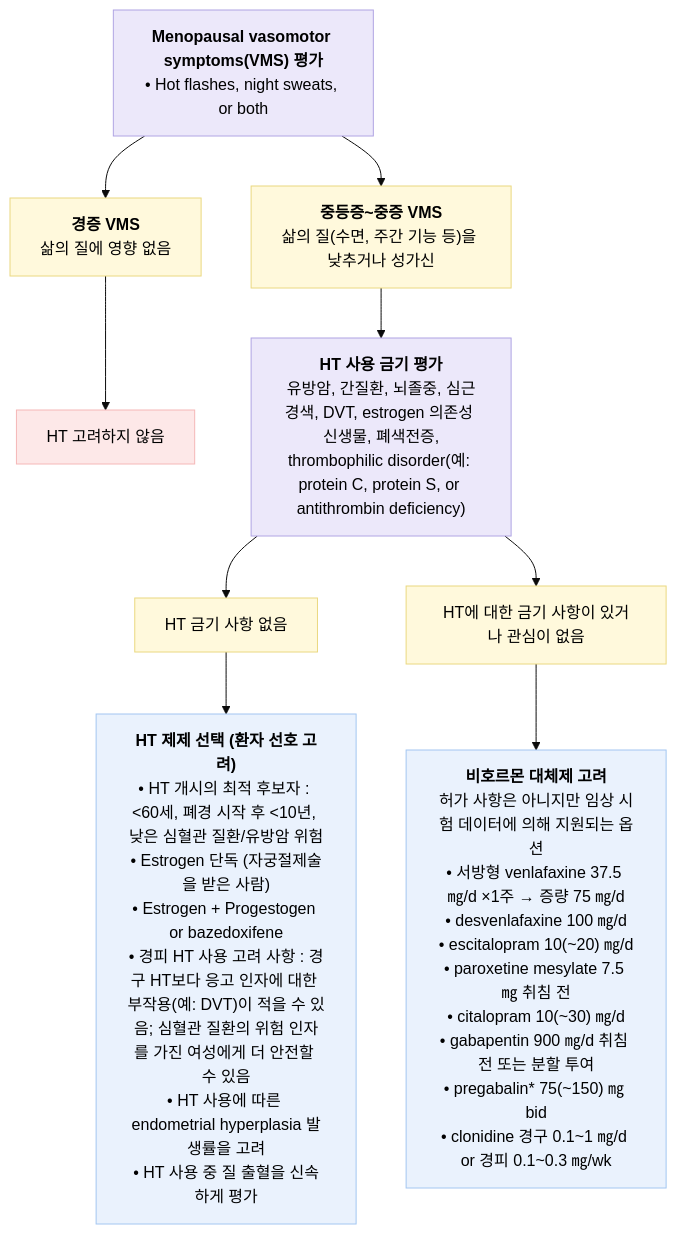
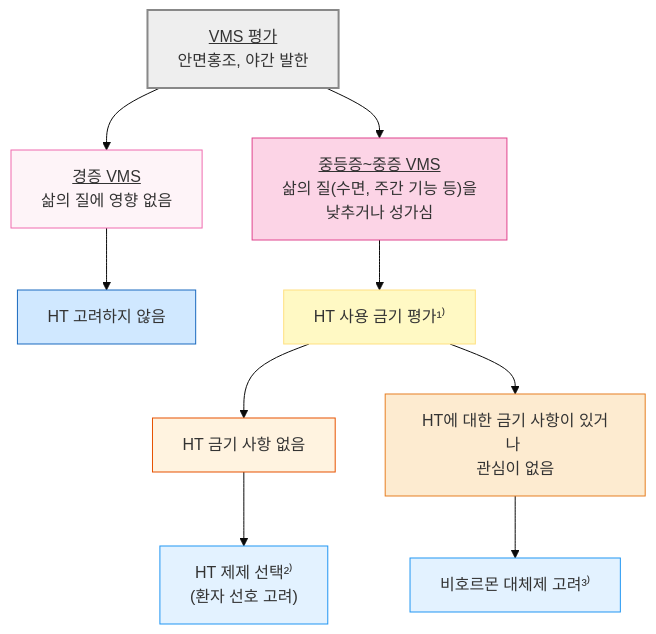
Before and after one commit to familyoh77/familyoh77: the first of 2 diagrams in 226_/108_-menopause-syndrome.md, drawn with Mermaid (base theme). The commit also changed other lines of this file, not shown here.

````diff
--- a/226_/108_-menopause-syndrome.md
+++ b/226_/108_-menopause-syndrome.md
@@ -112,38 +112,30 @@
 ```mermaid
 flowchart TD
-    A["<b>Menopausal vasomotor symptoms(VMS) 평가</b><br/>• Hot flashes, night sweats, or both"]
-
-    B1["<b>중등증~중증 VMS</b><br/>삶의 질(수면, 주간 기능 등)을 낮추거나 성가신"]
-    B2["<b>경증 VMS</b><br/>삶의 질에 영향 없음"]
+    A["<u>VMS 평가</u><br/>안면홍조, 야간 발한"]
+    B1["<u>중등증~중증 VMS</u><br/>삶의 질(수면, 주간 기능 등)을<br/> 낮추거나 성가심"]
+    B2["<u>경증 VMS</u><br/>삶의 질에 영향 없음"]
     B3["HT 고려하지 않음"]
-
-    C["<b>HT 사용 금기 평가</b><br/>유방암, 간질환, 뇌졸중, 심근경색, DVT, estrogen 의존성 신생물, 폐색전증,<br/>thrombophilic disorder(예: protein C, protein S, or antithrombin deficiency)"]
-
+    C["HT 사용 금기 평가¹⁾"]
     D1["HT 금기 사항 없음"]
-    D2["HT에 대한 금기 사항이 있거나 관심이 없음"]
-
-    E1["<b>HT 제제 선택 (환자 선호 고려)</b><br/>• HT 개시의 최적 후보자 : &lt;60세, 폐경 시작 후 &lt;10년, 낮은 심혈관 질환/유방암 위험<br/>• Estrogen 단독 (자궁절제술을 받은 사람)<br/>• Estrogen + Progestogen or bazedoxifene<br/>• 경피 HT 사용 고려 사항 : 경구 HT보다 응고 인자에 대한 부작용(예: DVT)이 적을 수 있음; 심혈관 질환의 위험 인자를 가진 여성에게 더 안전할 수 있음<br/>• HT 사용에 따른 endometrial hyperplasia 발생률을 고려<br/>• HT 사용 중 질 출혈을 신속하게 평가"]
-
-    E2["<b>비호르몬 대체제 고려</b><br/>허가 사항은 아니지만 임상 시험 데이터에 의해 지원되는 옵션<br/>• 서방형 venlafaxine 37.5 ㎎/d ×1주 → 증량 75 ㎎/d<br/>• desvenlafaxine 100 ㎎/d<br/>• escitalopram 10(~20) ㎎/d<br/>• paroxetine mesylate 7.5 ㎎ 취침 전<br/>• citalopram 10(~30) ㎎/d<br/>• gabapentin 900 ㎎/d 취침 전 또는 분할 투여<br/>• pregabalin* 75(~150) ㎎ bid<br/>• clonidine 경구 0.1~1 ㎎/d or 경피 0.1~0.3 ㎎/wk"]
-
+    D2["HT에 대한 금기 사항이 있거나 <br/>관심이 없음"]
+    E1["HT 제제 선택²⁾ <br/>(환자 선호 고려)"]
+    E2["비호르몬 대체제 고려³⁾"]
     A --> B1
     A --> B2
     B2 --> B3
-
     B1 --> C
     C --> D1
     C --> D2
-
     D1 --> E1
     D2 --> E2
 
-    classDef purple fill:#ECE8FA,stroke:#B0A4E3,stroke-width:1px,color:#000000;
-    classDef yellow fill:#FFF9DC,stroke:#EAD880,stroke-width:1px,color:#000000;
-    classDef pink fill:#FDE8E8,stroke:#F5B7B7,stroke-width:1px,color:#000000;
-    classDef blue fill:#EAF2FD,stroke:#A3C6F1,stroke-width:1px,color:#000000;
-
-    class A,C purple;
-    class B1,B2,D1,D2 yellow;
-    class B3 pink;
-    class E1,E2 blue;
+style A fill:#eeeeee,stroke:#888888,stroke-width:2px
+style B2 fill:#fef4f8,stroke:#f06baf
+style B1 fill:#fcd4e6,stroke:#e0448e
+style B3 fill:#d0e8ff,stroke:#1a6abf
+style C fill:#fff9c4,stroke:#ffe082
+style D2 fill:#fdebd0,stroke:#e67e22
+style D1 fill:#fff3e0,stroke:#e65100
+classDef sky fill:#e3f2ff,stroke:#2196f3
+class E1,E2 sky
 ```
````
